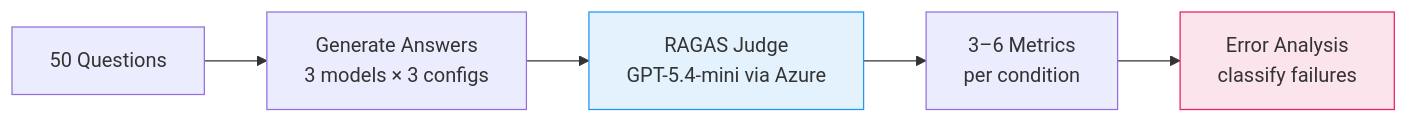
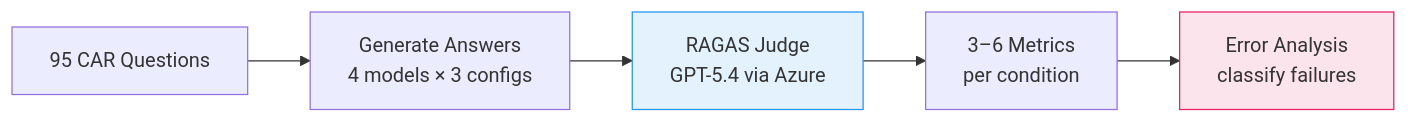
One commit to anant-j/AeroQuery changed the second of 4 diagrams in README.md. Above: the diagram before and after it, drawn with Mermaid. The commit also changed other lines of this file, not shown here.

````diff
--- a/README.md
+++ b/README.md
@@ -37,10 +37,10 @@
 ```mermaid
 flowchart LR
-    A["50 Questions"] --> B["Generate Answers\n3 models × 3 configs"]
-    B --> C["RAGAS Judge\nGPT-5.4-mini via Azure"]
+    A["95 CAR Questions"] --> B["Generate Answers\n4 models × 3 configs"]
+    B --> C["RAGAS Judge\nGPT-5.4 via Azure"]
     C --> D["3–6 Metrics\nper condition"]
     D --> E["Error Analysis\nclassify failures"]
 
     style C fill:#e3f2fd,stroke:#2196f3
     style E fill:#fce4ec,stroke:#e91e63
 ```
````
